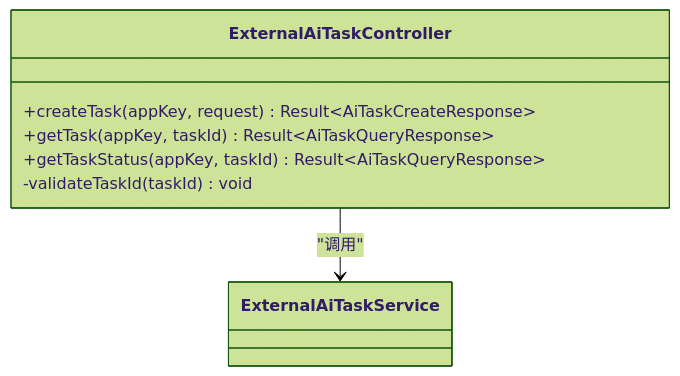
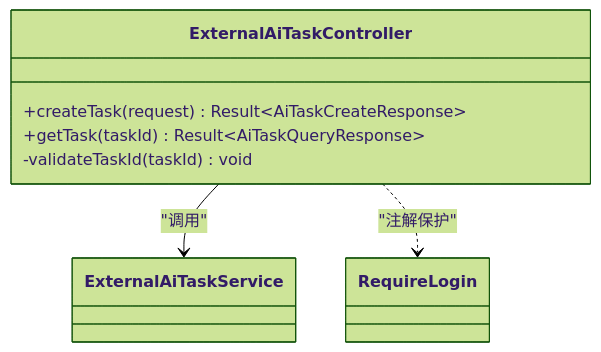
Before and after one commit to DrunkFood/First: the third of 10 diagrams in .qoder/repowiki/zh/content/API接口文档/外部系统集成API/外部AI任务API.md, drawn with Mermaid (forest theme). The commit also changed other lines of this file and 93 other files, not shown here.

````diff
--- a/.qoder/repowiki/zh/content/API接口文档/外部系统集成API/外部AI任务API.md
+++ b/.qoder/repowiki/zh/content/API接口文档/外部系统集成API/外部AI任务API.md
@@ -156,11 +176,12 @@
 ```mermaid
 classDiagram
 class ExternalAiTaskController {
-+createTask(appKey, request) Result~AiTaskCreateResponse~
-+getTask(appKey, taskId) Result~AiTaskQueryResponse~
-+getTaskStatus(appKey, taskId) Result~AiTaskQueryResponse~
++createTask(request) Result~AiTaskCreateResponse~
++getTask(taskId) Result~AiTaskQueryResponse~
 -validateTaskId(taskId) void
 }
 class ExternalAiTaskService
+class RequireLogin
 ExternalAiTaskController --> ExternalAiTaskService : "调用"
+ExternalAiTaskController ..> RequireLogin : "注解保护"
 ```
````
